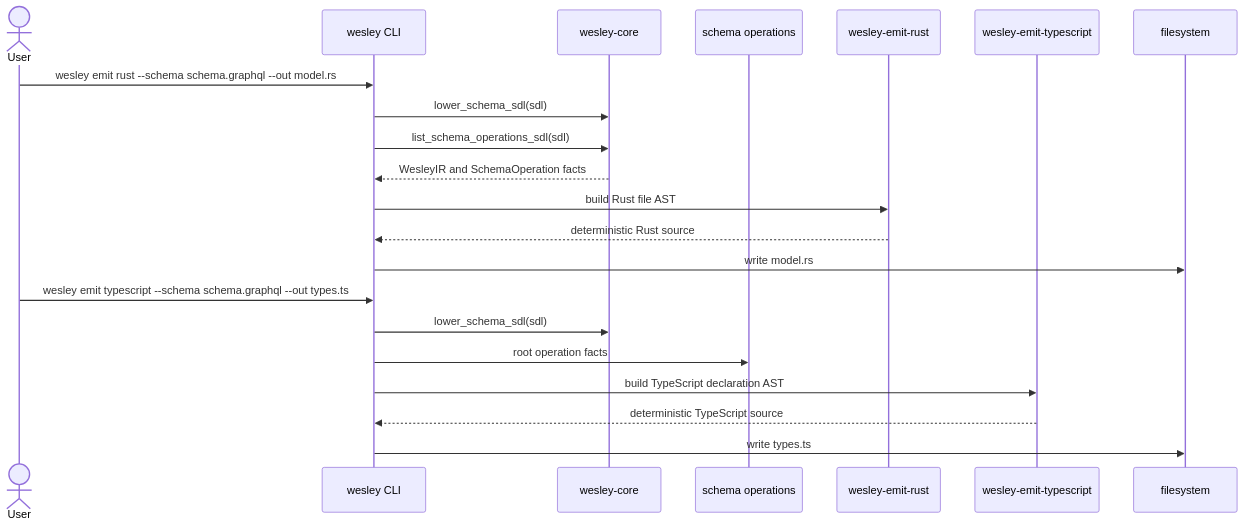
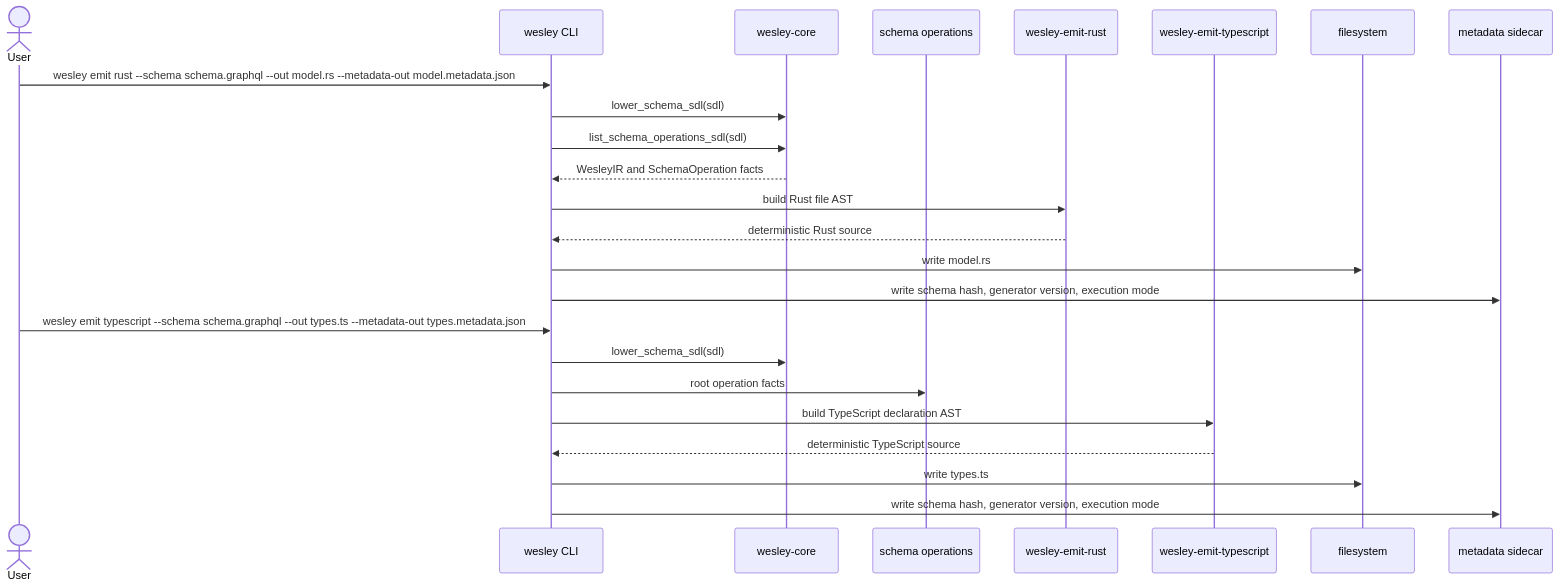
The tenth of 23 diagrams in docs/END_TO_END.md (flyingrobots/wesley), drawn with Mermaid before and after one commit. The commit also changed other lines of this file and 19 other files, not shown here.

````diff
--- a/docs/END_TO_END.md
+++ b/docs/END_TO_END.md
@@ -464,25 +464,28 @@
 ```mermaid
 sequenceDiagram
     actor User
     participant CLI as wesley CLI
     participant Core as wesley-core
     participant Ops as schema operations
     participant RustEmitter as wesley-emit-rust
     participant TSEmitter as wesley-emit-typescript
     participant Out as filesystem
+    participant Metadata as metadata sidecar
 
-    User->>CLI: wesley emit rust --schema schema.graphql --out model.rs
+    User->>CLI: wesley emit rust --schema schema.graphql --out model.rs --metadata-out model.metadata.json
     CLI->>Core: lower_schema_sdl(sdl)
     CLI->>Core: list_schema_operations_sdl(sdl)
     Core-->>CLI: WesleyIR and SchemaOperation facts
     CLI->>RustEmitter: build Rust file AST
     RustEmitter-->>CLI: deterministic Rust source
     CLI->>Out: write model.rs
+    CLI->>Metadata: write schema hash, generator version, execution mode
 
-    User->>CLI: wesley emit typescript --schema schema.graphql --out types.ts
+    User->>CLI: wesley emit typescript --schema schema.graphql --out types.ts --metadata-out types.metadata.json
     CLI->>Core: lower_schema_sdl(sdl)
     CLI->>Ops: root operation facts
     CLI->>TSEmitter: build TypeScript declaration AST
     TSEmitter-->>CLI: deterministic TypeScript source
     CLI->>Out: write types.ts
+    CLI->>Metadata: write schema hash, generator version, execution mode
 ```
````
